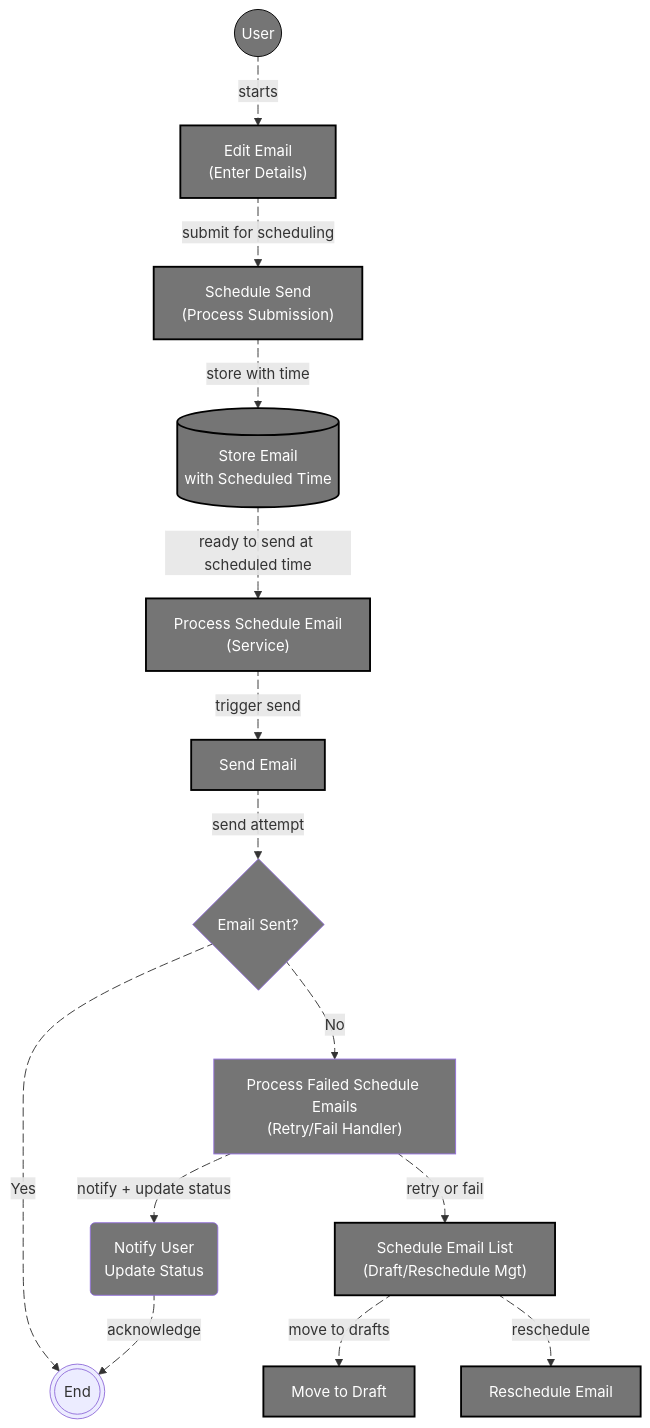
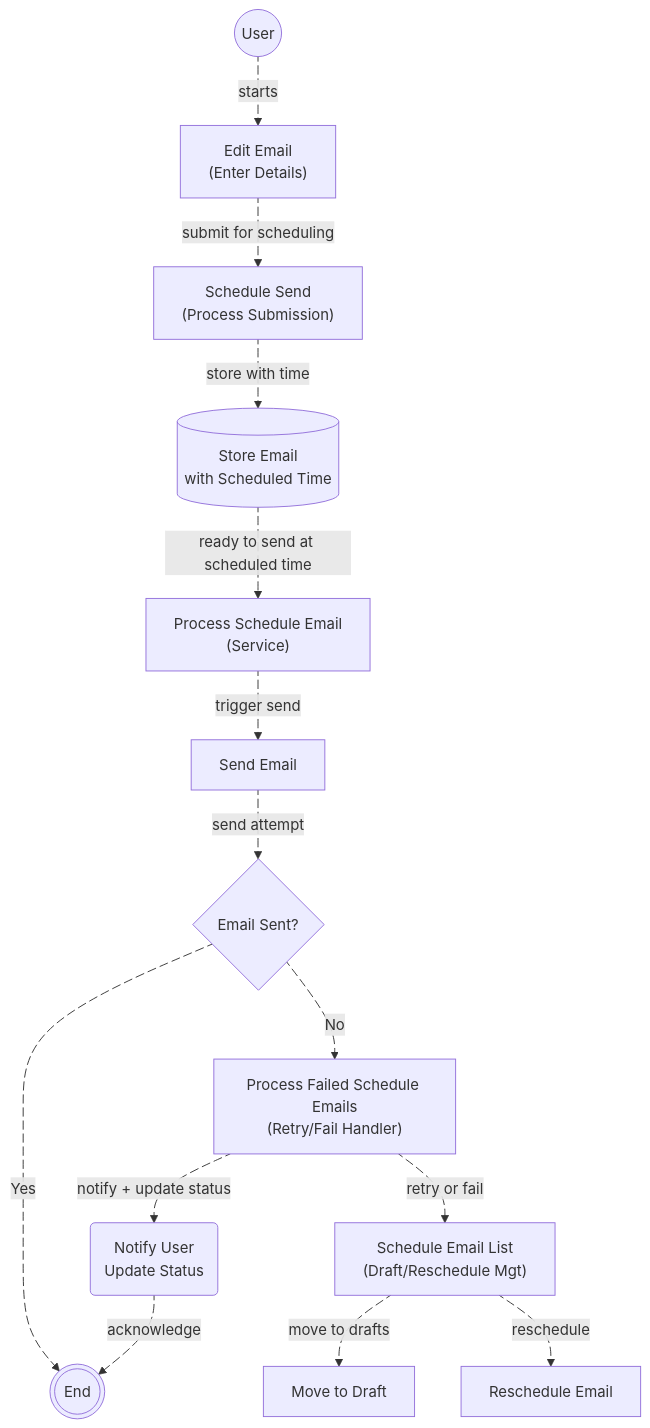
The second of 3 diagrams in ScheduleEmails/schedule-overview.md (Harshita-capsitech/EmailDocs), drawn with Mermaid before and after one commit. The commit also changed other lines of this file, not shown here.

````diff
--- a/ScheduleEmails/schedule-overview.md
+++ b/ScheduleEmails/schedule-overview.md
@@ -82,72 +82,59 @@
 ```mermaid
 ---
 config:
   layout: dagre
 ---
 flowchart TB
     user(("User")) e1@-- starts --> edit["Edit Email
 (Enter Details)"]
     edit e2@-- submit for scheduling --> scheduleSend["Schedule Send
 (Process Submission)"]
     scheduleSend e3@-- store with time --> store["Store Email
 with Scheduled Time"]
     store e4@-- ready to send at scheduled time --> process["Process Schedule Email
 (Service)"]
     process e5@-- trigger send --> send["Send Email"]
     send e6@-- send attempt --> status{"Email Sent?"}
     status e7@-- Yes --> finished["End"]
     status e8@-- No --> retry["Process Failed Schedule Emails
 (Retry/Fail Handler)"]
     retry e9@-- retry or fail --> scheduleList["Schedule Email List
 (Draft/Reschedule Mgt)"]
     scheduleList e10@-- move to drafts --> draft["Move to Draft"]
     scheduleList e11@-- reschedule --> reschedule["Reschedule Email"]
     retry e12@-- notify + update status --> notif["Notify User
 Update Status"]
     notif e13@-- acknowledge --> finished
     edit@{ shape: rect}
     scheduleSend@{ shape: rect}
     store@{ shape: cyl}
     process@{ shape: rect}
     send@{ shape: rect}
     finished@{ shape: dbl-circ}
     retry@{ shape: rect}
     scheduleList@{ shape: rect}
     draft@{ shape: rect}
     reschedule@{ shape: rect}
     notif@{ shape: rounded}
      edit:::core
      scheduleSend:::core
      store:::core
      process:::core
      send:::core
      scheduleList:::core
      draft:::core
      reschedule:::core
-    classDef core fill:#e3ecfa,stroke:#364fc7,stroke-width:2px
-    style user stroke:#000000,color:#FFFFFF,fill:#757575
-    style edit fill:#757575,stroke:#000000,color:#FFFFFF
-    style scheduleSend fill:#757575,stroke:#000000,color:#FFFFFF
-    style store fill:#757575,stroke:#000000,color:#FFFFFF
-    style process fill:#757575,stroke:#000000,color:#FFFFFF
-    style send fill:#757575,color:#FFFFFF,stroke:#000000
-    style status fill:#757575,color:#FFFFFF
-    style retry color:#FFFFFF,fill:#757575
-    style scheduleList fill:#757575,color:#FFFFFF,stroke:#000000
-    style draft color:#FFFFFF,fill:#757575,stroke:#000000
-    style reschedule fill:#757575,color:#FFFFFF,stroke:#000000
-    style notif fill:#757575,color:#FFFFFF
     e1@{ animation: fast }
     e2@{ animation: fast }
     e3@{ animation: fast }
     e4@{ animation: fast }
     e5@{ animation: fast }
     e6@{ animation: fast }
     e7@{ animation: fast }
     e8@{ animation: fast }
     e9@{ animation: fast }
     e10@{ animation: fast }
     e11@{ animation: fast }
     e12@{ animation: fast }
     e13@{ animation: fast }
 ```
````
